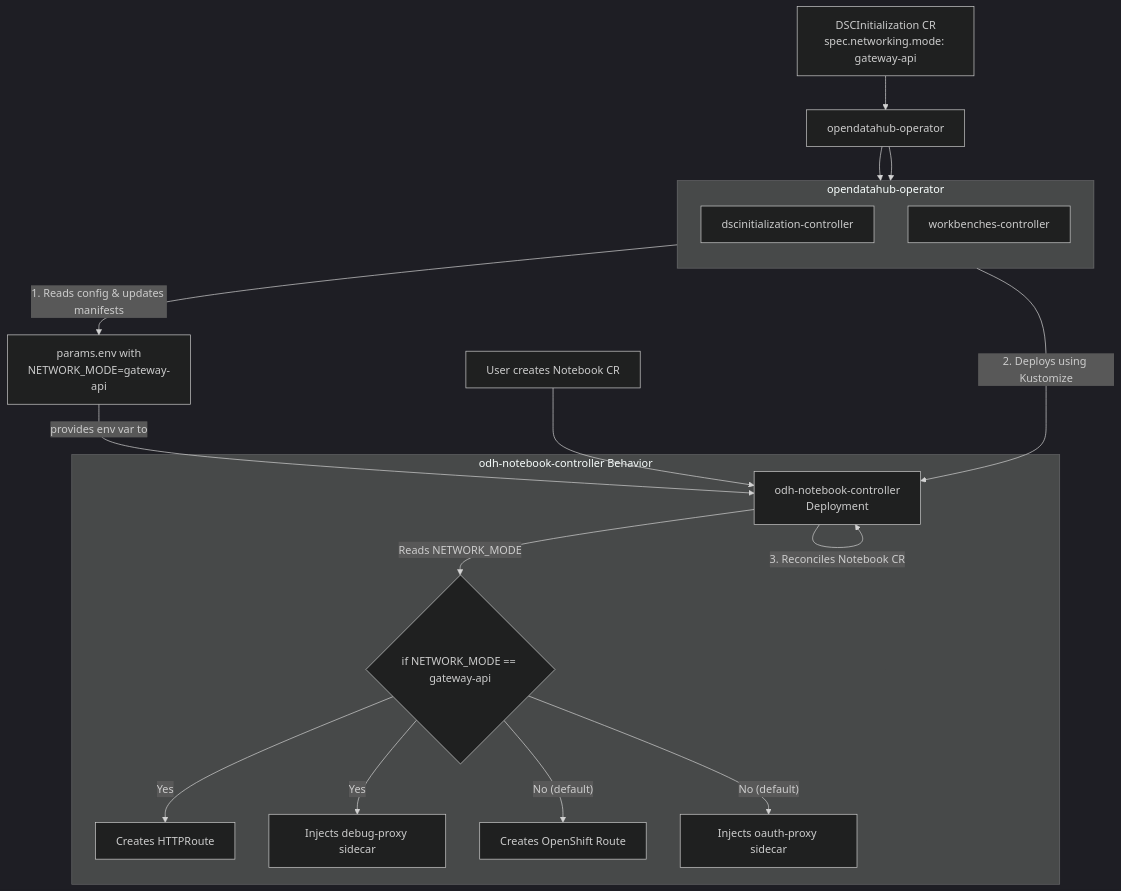
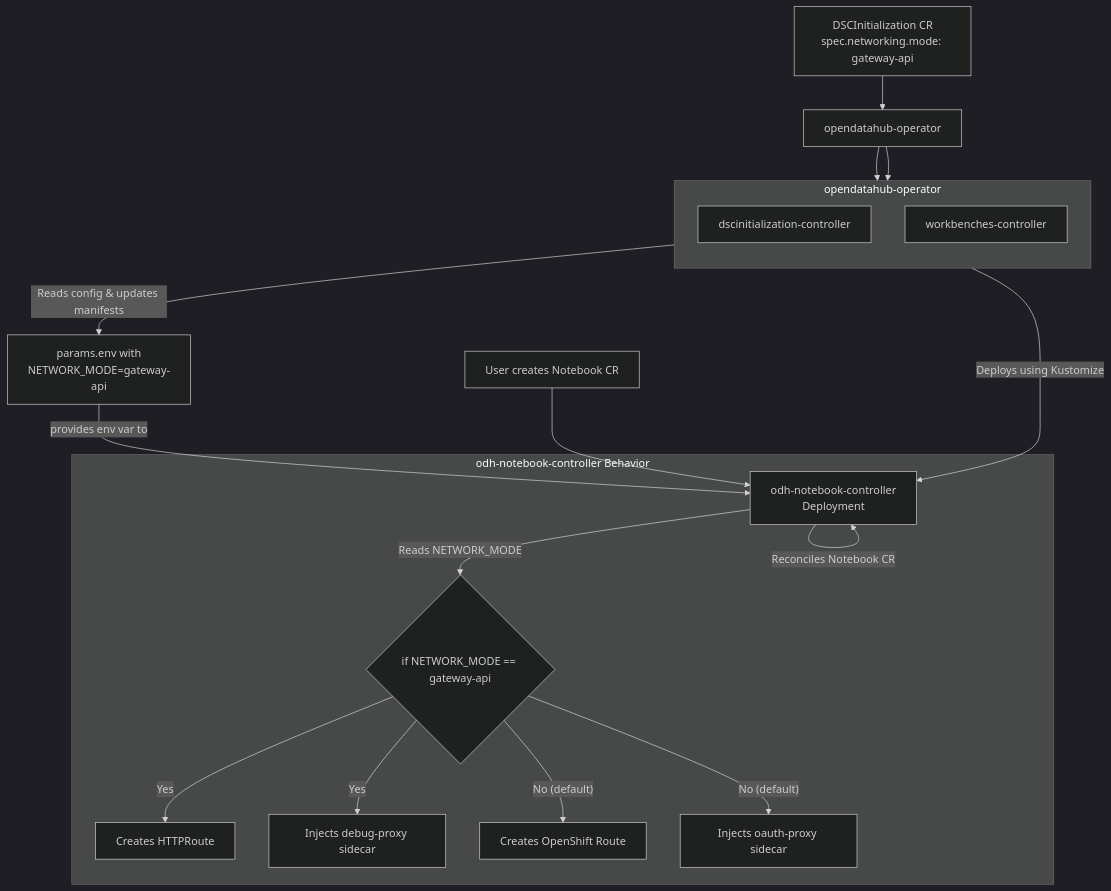
The diagram in docs/JUPYTER-ARCHITECTURE.md (jctanner/odh-security-2.0), drawn with Mermaid (dark theme) before and after one commit. The commit also changed other lines of this file, not shown here.

````diff
--- a/docs/JUPYTER-ARCHITECTURE.md
+++ b/docs/JUPYTER-ARCHITECTURE.md
@@ -68,29 +68,29 @@
 ```mermaid
 graph TD
     A["DSCInitialization CR<br/>spec.networking.mode: gateway-api"] --> B["opendatahub-operator"];
     
     subgraph "opendatahub-operator"
         direction TB
         B_DSCI["dscinitialization-controller"]
         B_WB["workbenches-controller"]
     end
 
     B --> B_DSCI;
-    B_DSCI -- "1. Reads config & updates manifests" --> C["params.env with<br/>NETWORK_MODE=gateway-api"];
+    B_DSCI -- "Reads config & updates manifests" --> C["params.env with<br/>NETWORK_MODE=gateway-api"];
     
     B --> B_WB;
-    B_WB -- "2. Deploys using Kustomize" --> D["odh-notebook-controller<br/>Deployment"];
+    B_WB -- "Deploys using Kustomize" --> D["odh-notebook-controller<br/>Deployment"];
     C -- "provides env var to" --> D;
     
     E["User creates Notebook CR"] --> D;
 
-    D -- "3. Reconciles Notebook CR" --> D;
+    D -- "Reconciles Notebook CR" --> D;
 
     subgraph "odh-notebook-controller Behavior"
         D -- "Reads NETWORK_MODE" --> F{"if NETWORK_MODE == gateway-api"};
         F -- "Yes" --> G["Creates HTTPRoute"];
         F -- "Yes" --> H["Injects debug-proxy sidecar"];
         F -- "No (default)" --> I["Creates OpenShift Route"];
         F -- "No (default)" --> J["Injects oauth-proxy sidecar"];
     end
 ```
````
